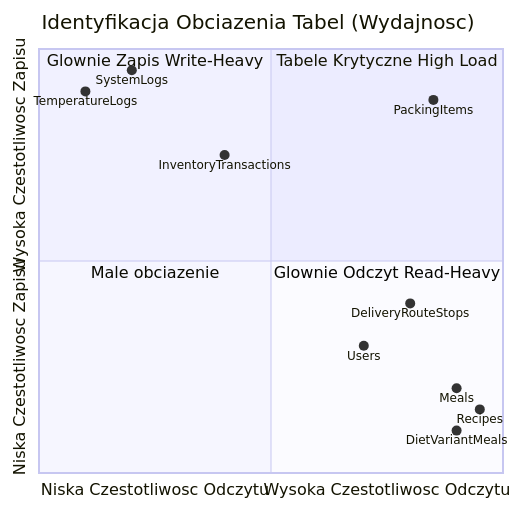
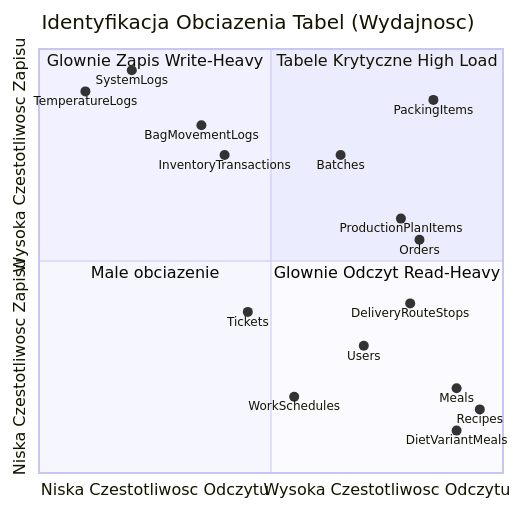
One commit to lMamacl/Kuchnia-Cygana changed the second of 4 diagrams in docs/analiza_wymagan_niefunkcjonalnych_i_architektura.md. Above: the diagram before and after it, drawn with Mermaid. The commit also changed other lines of this file, not shown here.

````diff
--- a/docs/analiza_wymagan_niefunkcjonalnych_i_architektura.md
+++ b/docs/analiza_wymagan_niefunkcjonalnych_i_architektura.md
@@ -208,19 +208,25 @@
 ```mermaid
 quadrantChart
     title Identyfikacja Obciazenia Tabel (Wydajnosc)
     x-axis Niska Czestotliwosc Odczytu --> Wysoka Czestotliwosc Odczytu
     y-axis Niska Czestotliwosc Zapisu --> Wysoka Czestotliwosc Zapisu
     quadrant-1 Tabele Krytyczne High Load
     quadrant-2 Glownie Zapis Write-Heavy
     quadrant-3 Male obciazenie
     quadrant-4 Glownie Odczyt Read-Heavy
     "PackingItems" : [0.85, 0.88]
     "SystemLogs" : [0.2, 0.95]
     "TemperatureLogs" : [0.1, 0.9]
     "InventoryTransactions" : [0.4, 0.75]
     "Meals" : [0.9, 0.2]
     "Recipes" : [0.95, 0.15]
     "DietVariantMeals" : [0.9, 0.1]
     "DeliveryRouteStops" : [0.8, 0.4]
     "Users" : [0.7, 0.3]
+    "Batches" : [0.65, 0.75]
+    "ProductionPlanItems" : [0.78, 0.60]
+    "BagMovementLogs" : [0.35, 0.82]
+    "Orders" : [0.82, 0.55]
+    "Tickets" : [0.45, 0.38]
+    "WorkSchedules" : [0.55, 0.18]
 ```
````
